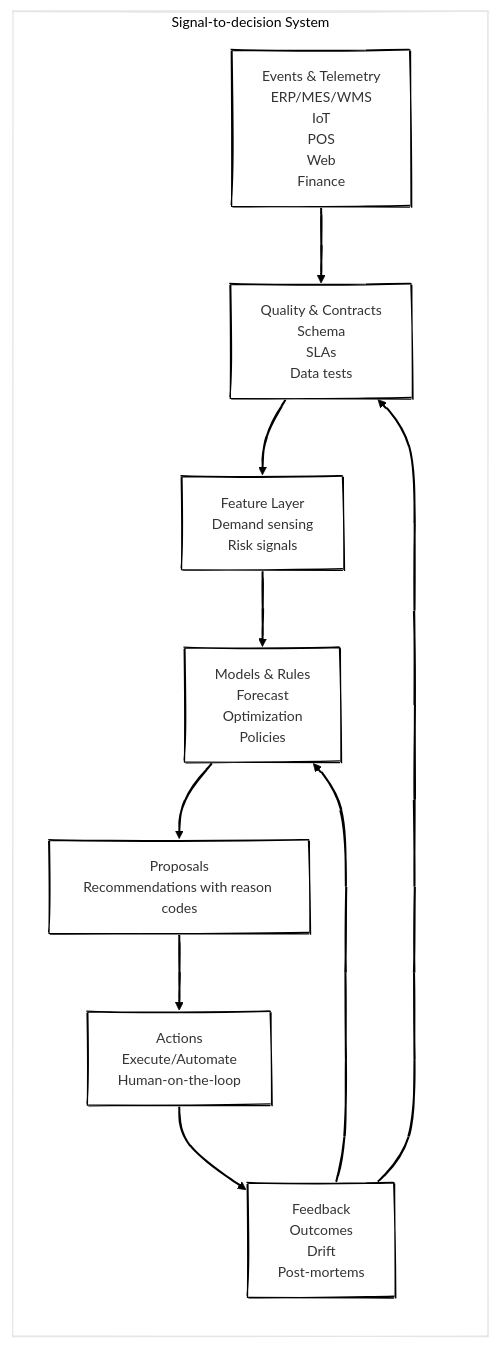
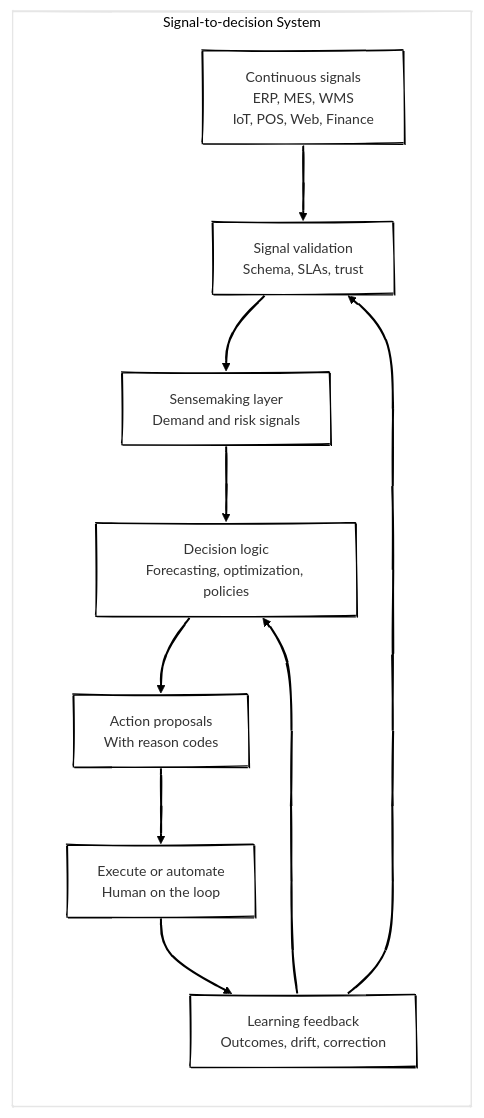
The second of 8 diagrams in posts/from-planning-to-orchestration-reimagining-enterprise-beyond-S&OP/index.qmd (antomon/antomon.github.io), drawn with Mermaid before and after one commit. The commit also changed other lines of this file and 4 other files, not shown here.

````diff
--- a/posts/from-planning-to-orchestration-reimagining-enterprise-beyond-S&OP/index.qmd
+++ b/posts/from-planning-to-orchestration-reimagining-enterprise-beyond-S&OP/index.qmd
@@ -162,19 +166,25 @@
 ```{mermaid}
 %%| label: fig-signal-pipeline
-%%| fig-cap: Signals over snapshots, end-to-end decision pipeline
-%%| fig-alt: From raw events and telemetry to decisions and actions with feedback
+%%| fig-cap: "Signals over snapshots: how continuous sensing collapses planning and execution"
+%%| fig-alt: "From raw events and telemetry to decisions and actions with feedback"
 %%| fig-align: "center"
 %%{init: {"theme": "neo", "look": "handDrawn"}}%%
 
 flowchart LR
 
 subgraph SYS["Signal-to-decision System"]
-    E["Events & Telemetry<br>ERP/MES/WMS<br/>IoT<br/>POS<br/>Web<br/>Finance"] --> Q["Quality & Contracts<br>Schema<br/>SLAs<br/>Data tests"]
-    Q --> F["Feature Layer<br>Demand sensing<br/>Risk signals"]
-    F --> M["Models & Rules<br>Forecast<br/>Optimization<br/>Policies"]
-    M --> P["Proposals<br>Recommendations with reason codes"]
-    P --> A["Actions<br>Execute/Automate<br/>Human-on-the-loop"]
-    A --> FB["Feedback<br>Outcomes<br/>Drift<br/>Post-mortems"]
+    E["Continuous signals<br/>ERP, MES, WMS<br/>IoT, POS, Web, Finance"] --> 
+    Q["Signal validation<br/>Schema, SLAs, trust"]
+    Q --> 
+    F["Sensemaking layer<br/>Demand and risk signals"]
+    F --> 
+    M["Decision logic<br/>Forecasting, optimization, policies"]
+    M --> 
+    P["Action proposals<br/>With reason codes"]
+    P --> 
+    A["Execute or automate<br/>Human on the loop"]
+    A --> 
+    FB["Learning feedback<br/>Outcomes, drift, correction"]
     FB --> M & Q
 end
 ```
````
